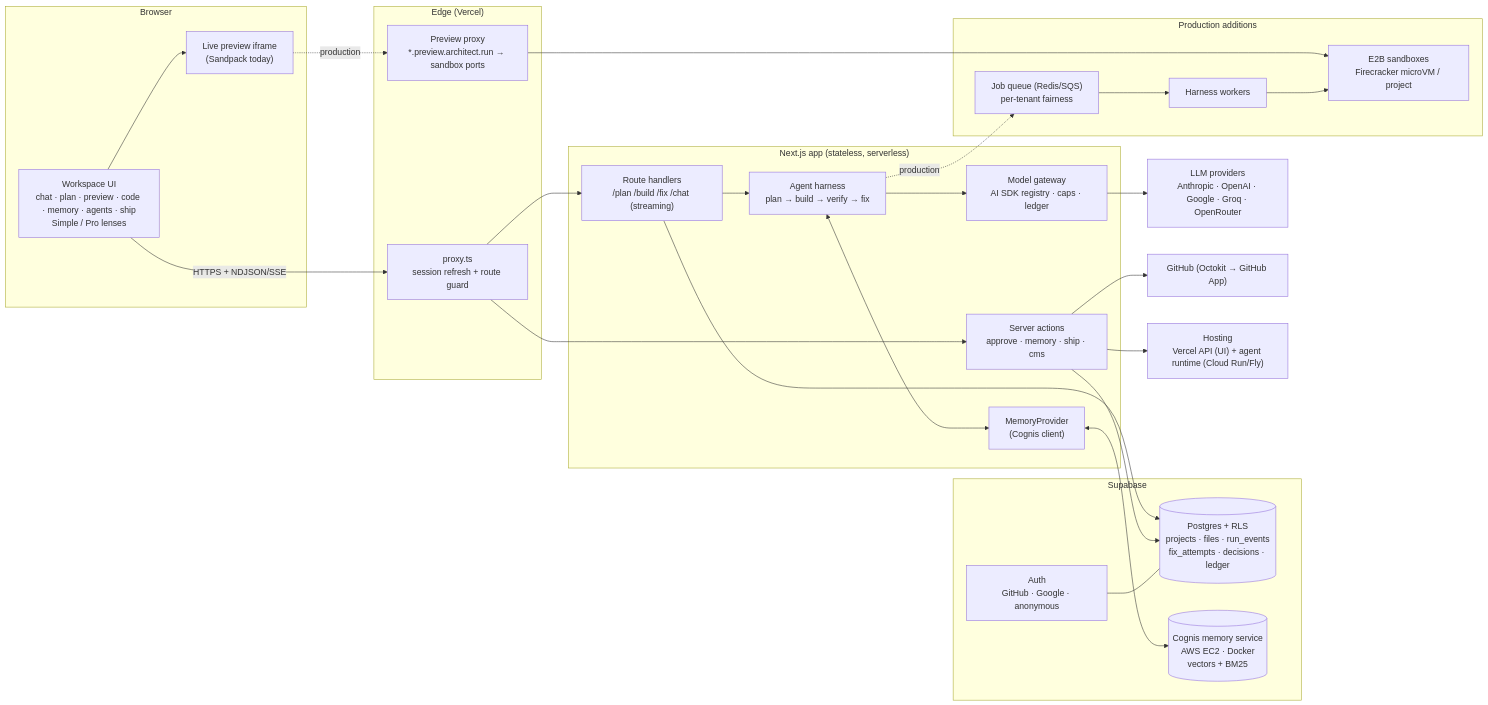
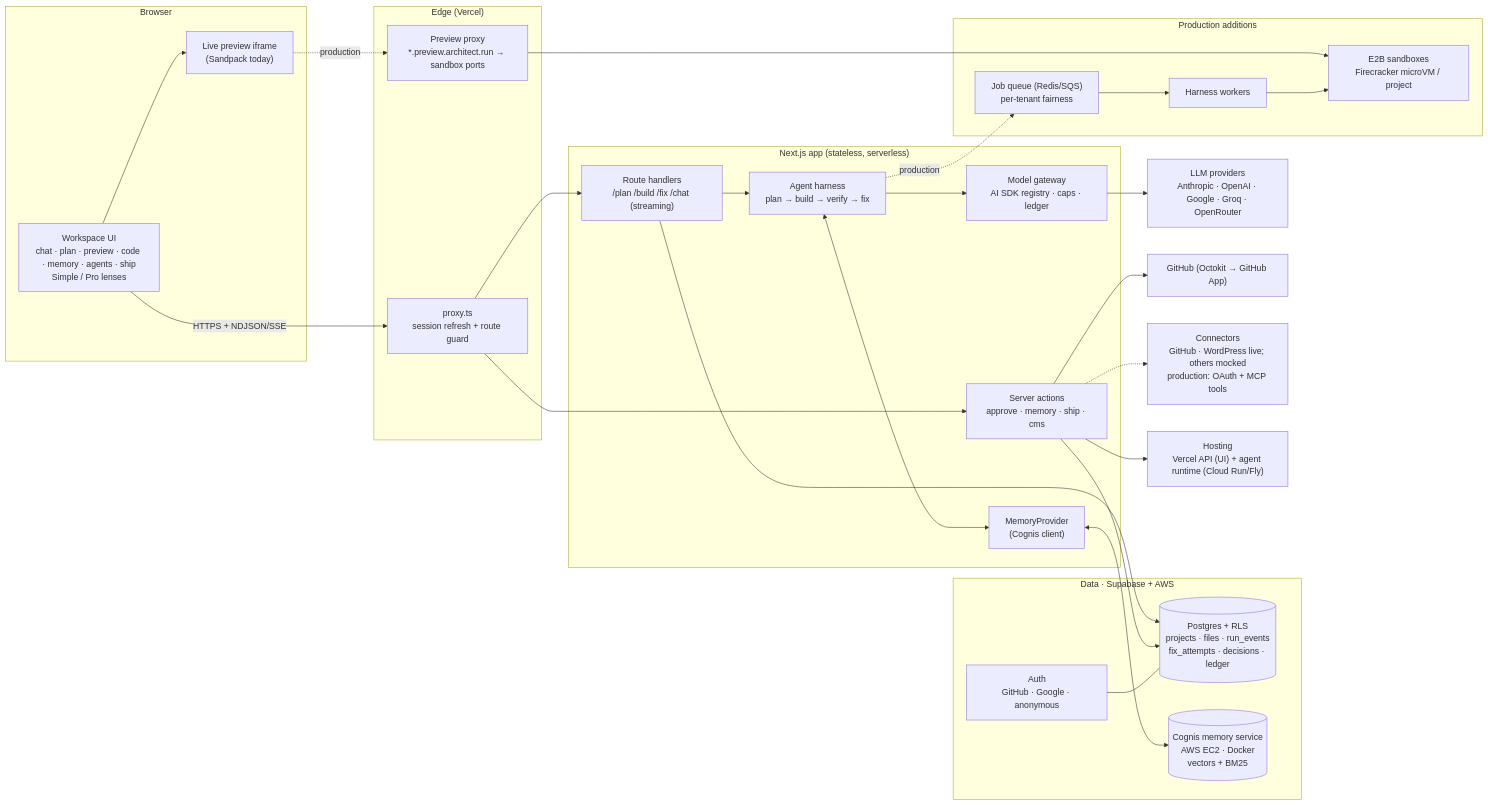
The second of 4 diagrams in ARCHITECTURE.md (mannan-naidu/lyzr-architect-2), drawn with Mermaid before and after one commit. The commit also changed other lines of this file and 4 other files, not shown here.

First line of the commit message:
Final docs: comprehensive ARCHITECTURE.md and diagram; answers absorb the comments field

````diff
--- a/ARCHITECTURE.md
+++ b/ARCHITECTURE.md
@@ -162,47 +225,49 @@
 ```mermaid
 flowchart LR
   subgraph Client["Browser"]
     UI["Workspace UI<br/>chat · plan · preview · code · memory · agents · ship<br/>Simple / Pro lenses"]
     SP["Live preview iframe<br/>(Sandpack today)"]
   end
 
   subgraph Edge["Edge (Vercel)"]
     PX["proxy.ts<br/>session refresh + route guard"]
     PP["Preview proxy<br/>*.preview.architect.run → sandbox ports"]
   end
 
   subgraph App["Next.js app (stateless, serverless)"]
     RH["Route handlers<br/>/plan /build /fix /chat (streaming)"]
     SA["Server actions<br/>approve · memory · ship · cms"]
     HAR["Agent harness<br/>plan → build → verify → fix"]
     GW["Model gateway<br/>AI SDK registry · caps · ledger"]
     MP["MemoryProvider<br/>(Cognis client)"]
   end
 
-  subgraph Data["Supabase"]
+  subgraph Data["Data · Supabase + AWS"]
     PG[("Postgres + RLS<br/>projects · files · run_events<br/>fix_attempts · decisions · ledger")]
     MEM[("Cognis memory service<br/>AWS EC2 · Docker<br/>vectors + BM25")]
     AUTH["Auth<br/>GitHub · Google · anonymous"]
   end
 
   subgraph Workers["Production additions"]
     Q["Job queue (Redis/SQS)<br/>per-tenant fairness"]
     WK["Harness workers"]
     E2B["E2B sandboxes<br/>Firecracker microVM / project"]
   end
 
   LLM["LLM providers<br/>Anthropic · OpenAI · Google · Groq · OpenRouter"]
   GH["GitHub (Octokit → GitHub App)"]
+  CONN["Connectors<br/>GitHub · WordPress live; others mocked<br/>production: OAuth + MCP tools"]
   HOST["Hosting<br/>Vercel API (UI) + agent runtime (Cloud Run/Fly)"]
 
   UI -->|HTTPS + NDJSON/SSE| PX --> RH & SA
   RH --> HAR --> GW --> LLM
   HAR <--> MP <--> MEM
   RH & SA --> PG
   AUTH --- PG
   UI --> SP
   SP -. production .-> PP --> E2B
   HAR -. production .-> Q --> WK --> E2B
   SA --> GH
+  SA -.-> CONN
   SA --> HOST
 ```
````
